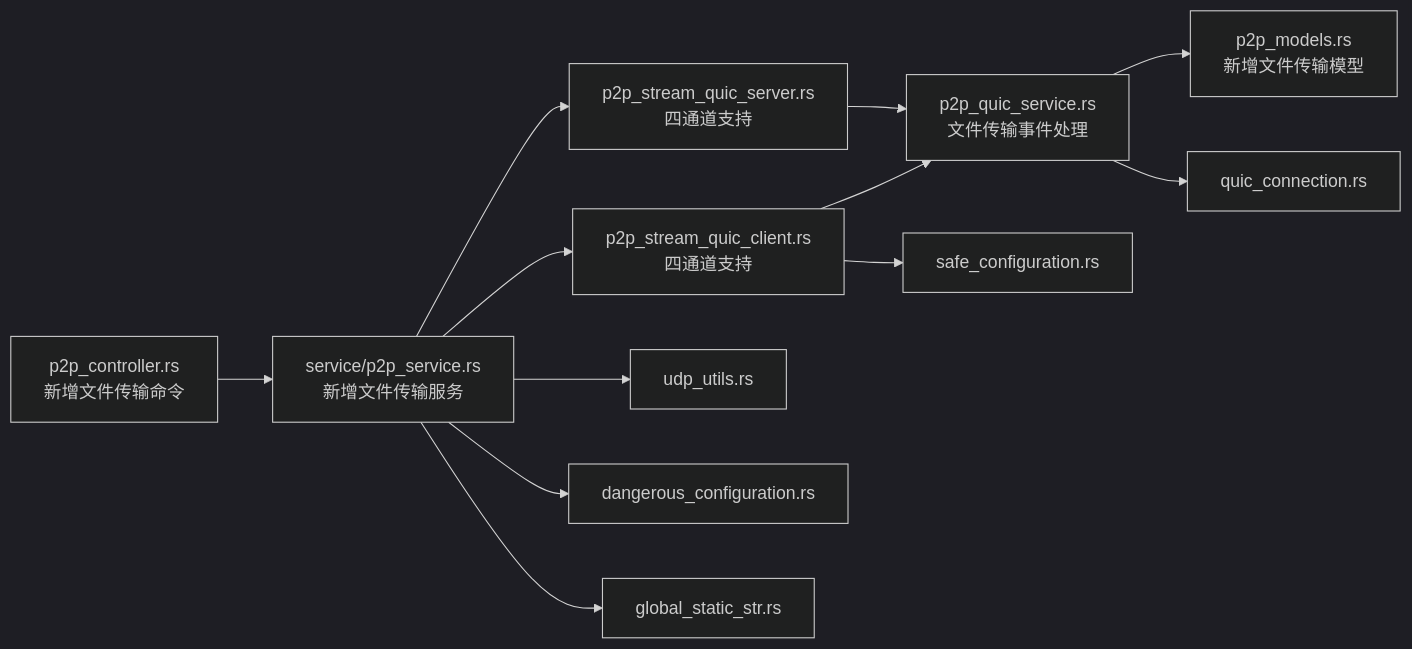
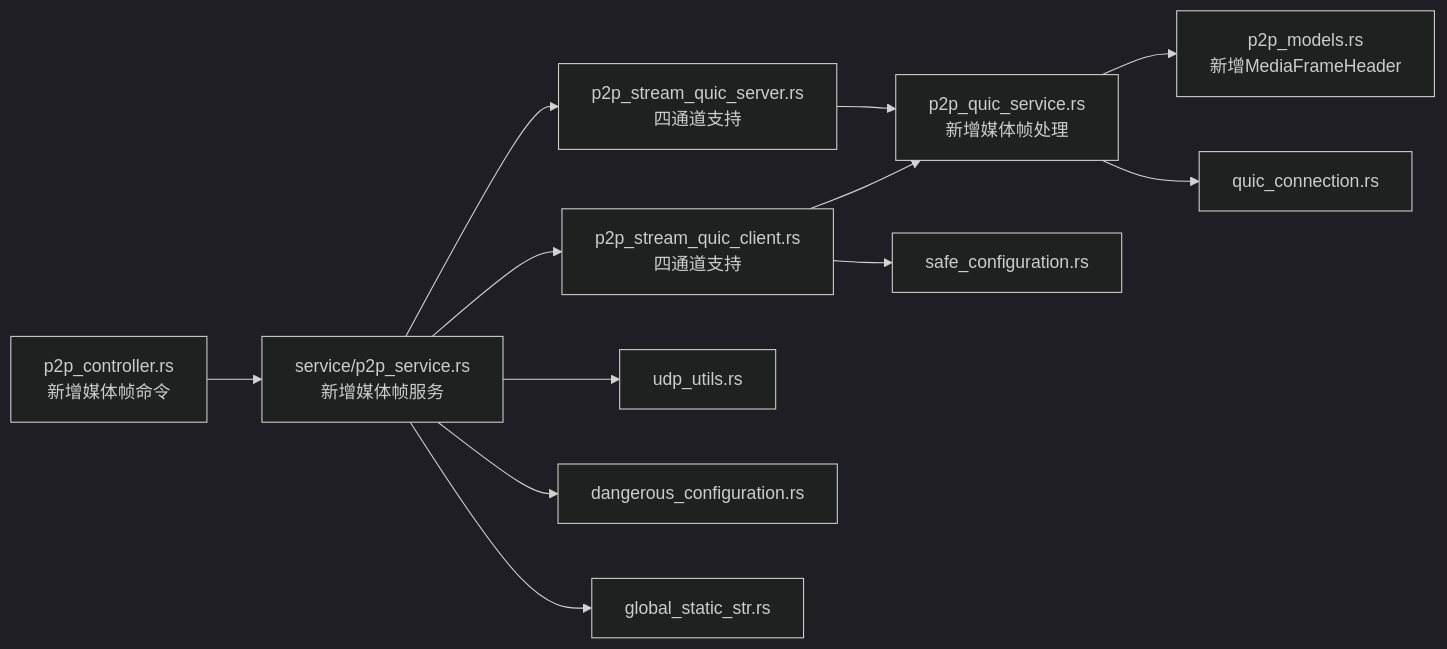
One commit to nicolastinger/only-talk-app changed diagram 12 of 17 in .qoder/repowiki/zh/content/后端服务/P2P服务.md. Above: the diagram before and after it, drawn with Mermaid (dark theme). The commit also changed other lines of this file and 5 other files, not shown here.

````diff
--- a/.qoder/repowiki/zh/content/后端服务/P2P服务.md
+++ b/.qoder/repowiki/zh/content/后端服务/P2P服务.md
@@ -697,14 +726,14 @@
 ```mermaid
 graph LR
-CMD["p2p_controller.rs<br/>新增文件传输命令"] --> SVC["service/p2p_service.rs<br/>新增文件传输服务"]
+CMD["p2p_controller.rs<br/>新增媒体帧命令"] --> SVC["service/p2p_service.rs<br/>新增媒体帧服务"]
 SVC --> CLI["p2p_stream_quic_client.rs<br/>四通道支持"]
 SVC --> SRV["p2p_stream_quic_server.rs<br/>四通道支持"]
-CLI --> CORE["p2p_quic_service.rs<br/>文件传输事件处理"]
+CLI --> CORE["p2p_quic_service.rs<br/>新增媒体帧处理"]
 SRV --> CORE
 SVC --> UDP["udp_utils.rs"]
-CORE --> MODELS["p2p_models.rs<br/>新增文件传输模型"]
+CORE --> MODELS["p2p_models.rs<br/>新增MediaFrameHeader"]
 SVC --> CFG_D["dangerous_configuration.rs"]
 CLI --> CFG_S["safe_configuration.rs"]
 CORE --> QCONN["quic_connection.rs"]
 SVC --> GLOB["global_static_str.rs"]
 ```
````
